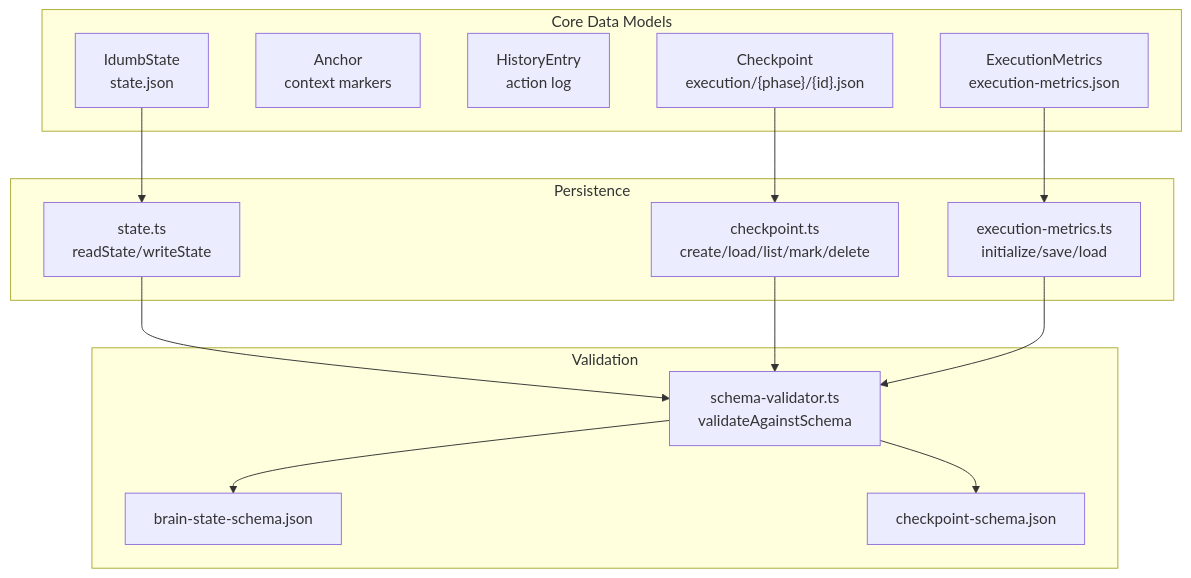
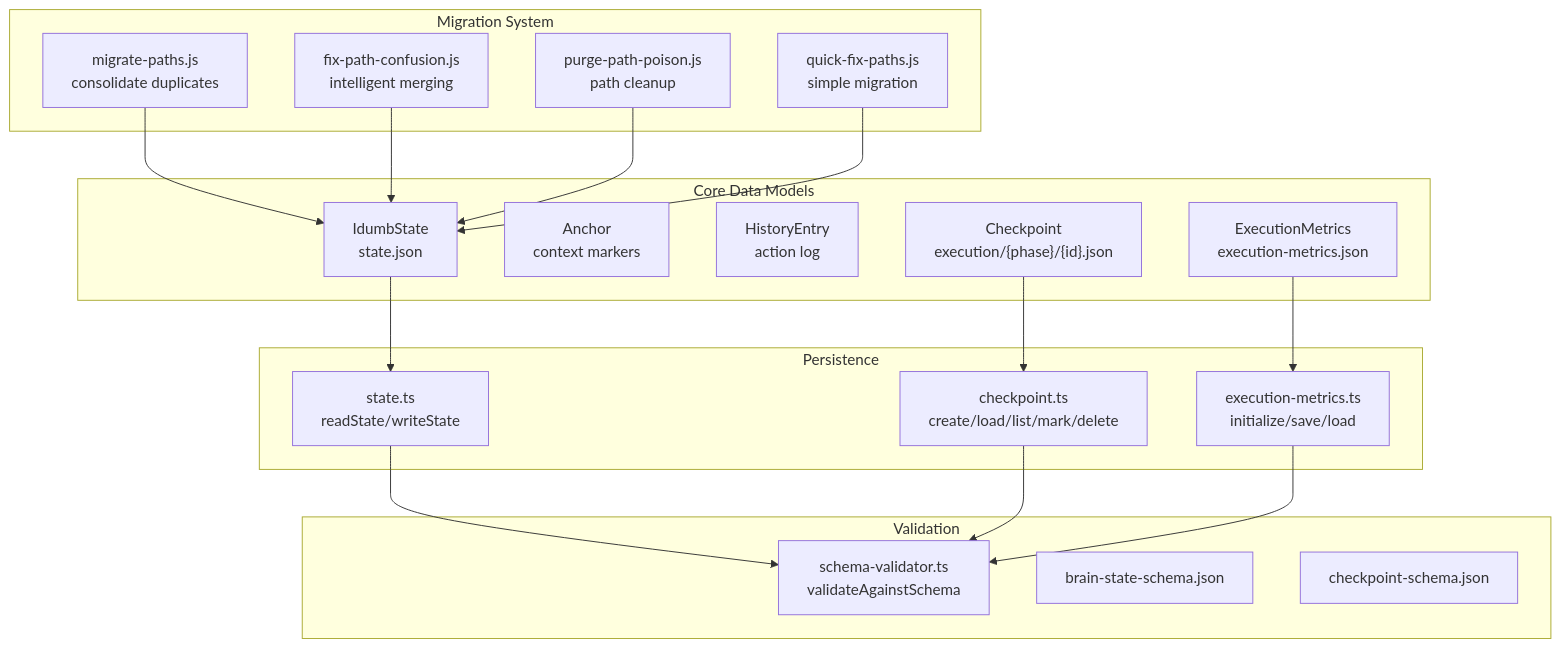
One commit to shynlee04/idumb-plugin changed the first of 9 diagrams in .qoder/repowiki/en/content/API Reference/Data Models.md. Above: the diagram before and after it, drawn with Mermaid. The commit also changed other lines of this file and 19 other files, not shown here.

First line of the commit message:
feat(docs): add Migration Tooling System documentation to data models API reference

````diff
--- a/.qoder/repowiki/en/content/API Reference/Data Models.md
+++ b/.qoder/repowiki/en/content/API Reference/Data Models.md
@@ -32,28 +47,36 @@
 ```mermaid
 graph TB
 subgraph "Core Data Models"
 A["IdumbState<br/>state.json"]
 B["Anchor<br/>context markers"]
 C["HistoryEntry<br/>action log"]
 D["ExecutionMetrics<br/>execution-metrics.json"]
 E["Checkpoint<br/>execution/{phase}/{id}.json"]
 end
 subgraph "Persistence"
 F["state.ts<br/>readState/writeState"]
 G["checkpoint.ts<br/>create/load/list/mark/delete"]
 H["execution-metrics.ts<br/>initialize/save/load"]
 end
 subgraph "Validation"
 I["schema-validator.ts<br/>validateAgainstSchema"]
 J["brain-state-schema.json"]
 K["checkpoint-schema.json"]
 end
+subgraph "Migration System"
+L["migrate-paths.js<br/>consolidate duplicates"]
+M["fix-path-confusion.js<br/>intelligent merging"]
+N["purge-path-poison.js<br/>path cleanup"]
+O["quick-fix-paths.js<br/>simple migration"]
+end
 A --> F
 E --> G
 D --> H
 F --> I
 G --> I
 H --> I
-I --> J
-I --> K
+L --> A
+M --> A
+N --> A
+O --> A
 ```
````
